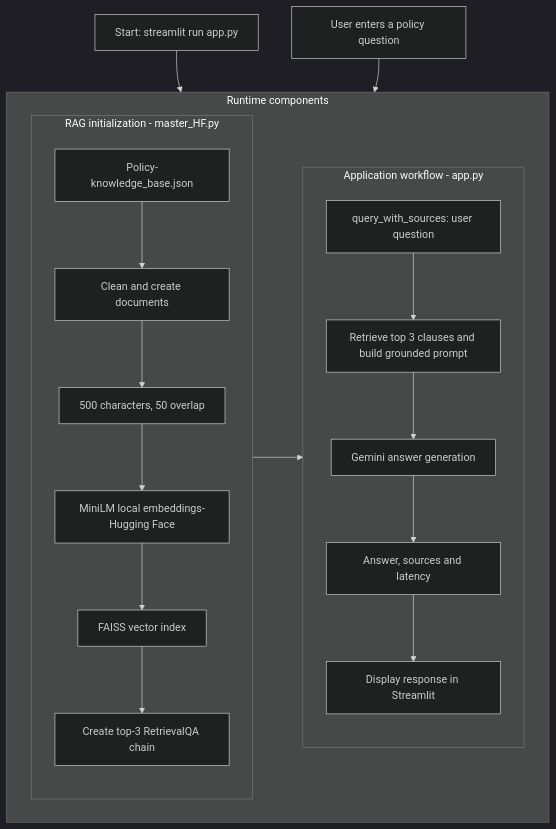
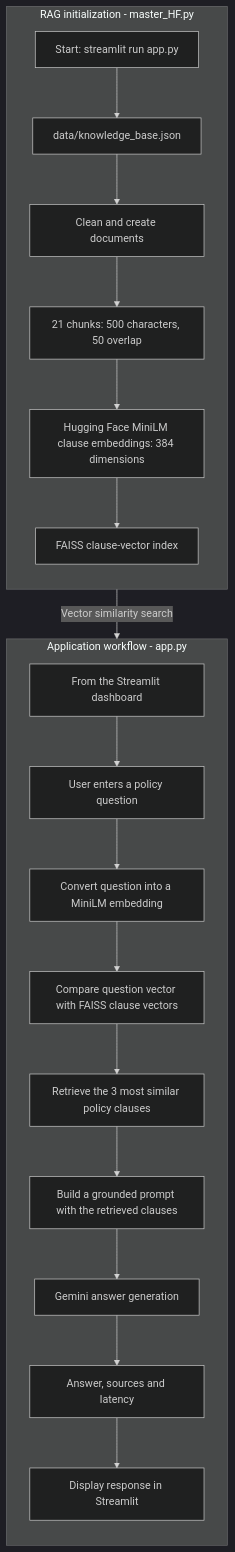
The diagram in README.md (Vishal2010s/Health-Insurance-Policy-Assistant-RAG-), drawn with Mermaid (dark theme) before and after one commit. The commit also changed other lines of this file, not shown here.

````diff
--- a/README.md
+++ b/README.md
@@ -136,30 +136,26 @@
 ```mermaid
 flowchart TD
-    START[Start: streamlit run app.py]
-    USER[User enters a policy question]
-
-    subgraph COMPONENTS[Runtime components]
-        direction LR
-
-        subgraph RAG[RAG initialization - master_HF.py]
-            direction TB
-            KB[Policy-knowledge_base.json] --> CLEAN[Clean and create documents]
-            CLEAN --> CHUNKS[500 characters, 50 overlap]
-            CHUNKS --> EMBED[MiniLM local embeddings-Hugging Face]
-            EMBED --> STORE[FAISS vector index]
-            STORE --> CHAIN[Create top-3 RetrievalQA chain]
-        end
-
-        subgraph CHAT[Application workflow - app.py]
-            direction TB
-            QUERY[query_with_sources: user question] --> PROMPT[Retrieve top 3 clauses and build grounded prompt]
-            PROMPT --> GEMINI[Gemini answer generation]
-            GEMINI --> RESULT[Answer, sources and latency]
-            RESULT --> DISPLAY[Display response in Streamlit]
-        end
+    subgraph RAG[RAG initialization - master_HF.py]
+        direction TB
+        START[Start: streamlit run app.py] --> KB[data/knowledge_base.json]
+        KB --> CLEAN[Clean and create documents]
+        CLEAN --> CHUNKS[21 chunks: 500 characters, 50 overlap]
+        CHUNKS --> EMBED[Hugging Face MiniLM clause embeddings: 384 dimensions]
+        EMBED --> STORE[FAISS clause-vector index]
     end
 
-    START --> KB
-    USER --> QUERY
-    CHAIN --> QUERY
+    subgraph CHAT[Application workflow - app.py]
+        direction TB
+        DASHBOARD[From the Streamlit dashboard] --> USER[User enters a policy question]
+        USER --> QUERYEMBED[Convert question into a MiniLM embedding]
+        QUERYEMBED --> MATCH[Compare question vector with FAISS clause vectors]
+        MATCH --> TOP3[Retrieve the 3 most similar policy clauses]
+        TOP3 --> PROMPT[Build a grounded prompt with the retrieved clauses]
+        PROMPT --> GEMINI[Gemini answer generation]
+        GEMINI --> RESULT[Answer, sources and latency]
+        RESULT --> DISPLAY[Display response in Streamlit]
+    end
+
+    STORE -->|Vector similarity search| MATCH
+
 ```
````
